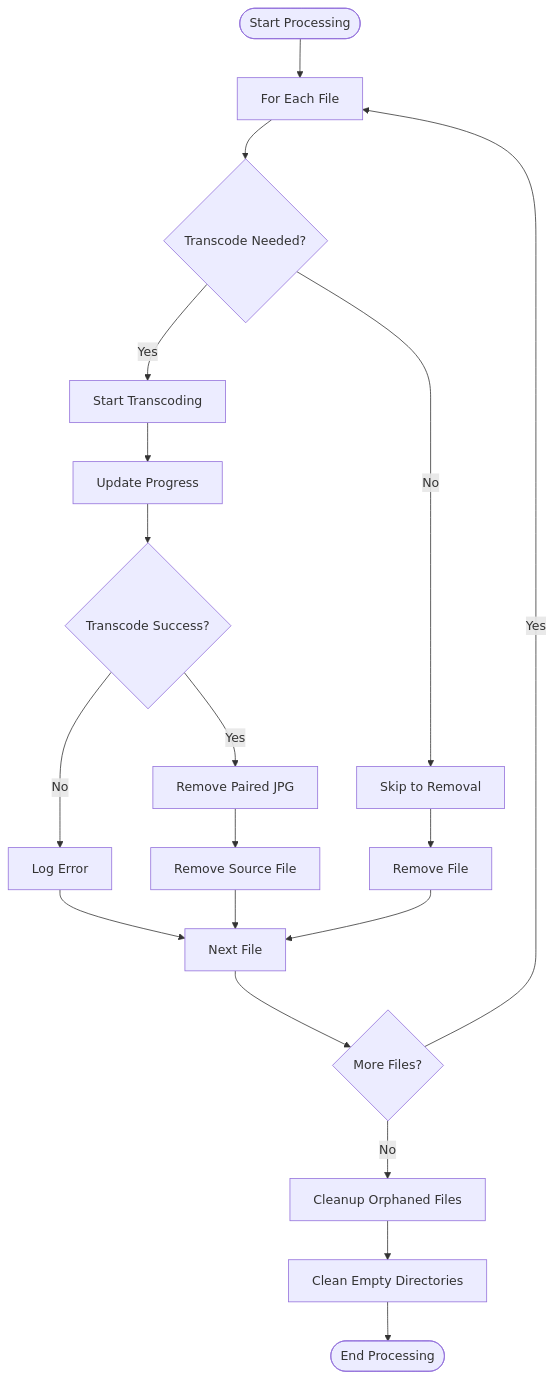
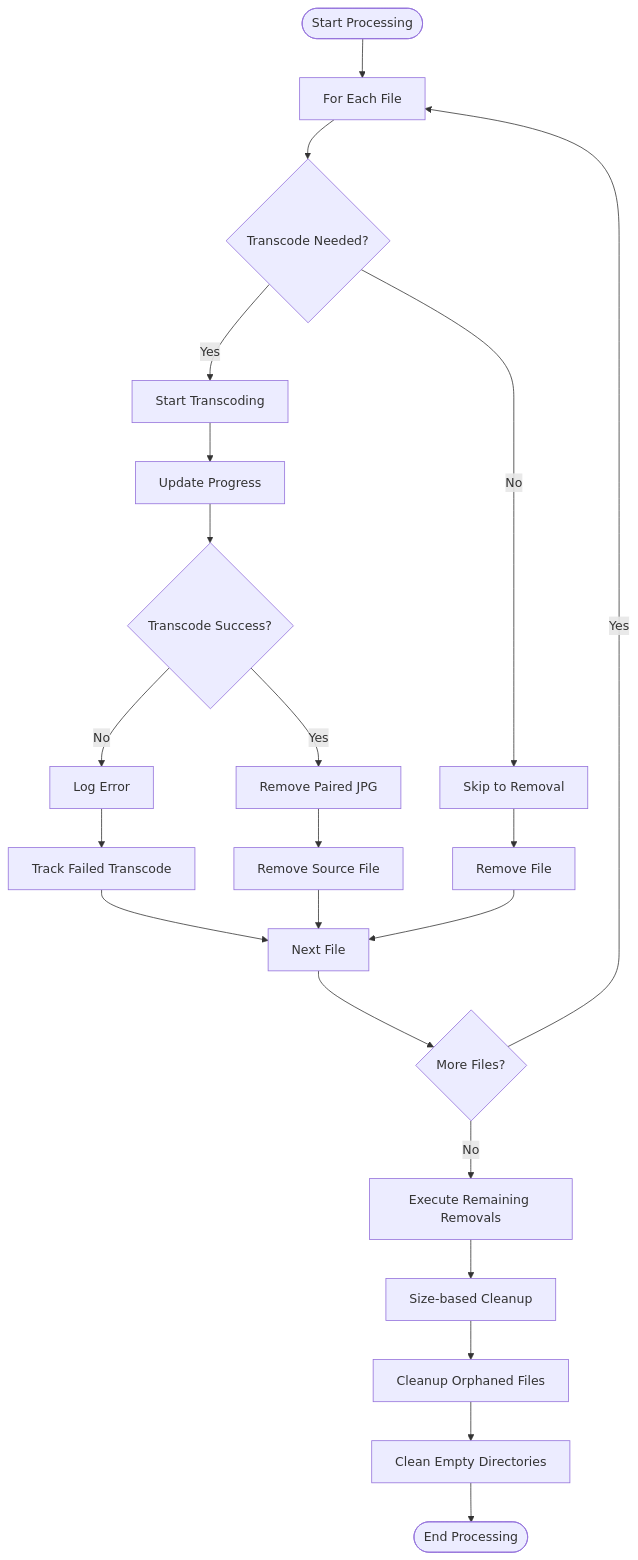
Before and after one commit to WombatFromHell/reo-cam-archiver: the third of 9 diagrams in DESIGN.md, drawn with Mermaid. The commit also changed other lines of this file and 3 other files, not shown here.

Commit message:
Add "--max-size" argument for "--cleanup"

````diff
--- a/DESIGN.md
+++ b/DESIGN.md
@@ -178,21 +268,24 @@
 ```mermaid
 flowchart TD
     Start([Start Processing]) --> ForEachFile[For Each File]
     ForEachFile --> Transcode{Transcode Needed?}
     Transcode -->|No| SkipToRemoval[Skip to Removal]
     Transcode -->|Yes| StartTranscode[Start Transcoding]
     StartTranscode --> UpdateProgress[Update Progress]
     UpdateProgress --> TranscodeSuccess{Transcode Success?}
     TranscodeSuccess -->|No| LogError[Log Error]
-    LogError --> NextFile[Next File]
+    LogError --> TrackFailed[Track Failed Transcode]
+    TrackFailed --> NextFile[Next File]
     TranscodeSuccess -->|Yes| RemoveJPG[Remove Paired JPG]
     RemoveJPG --> RemoveSource[Remove Source File]
     RemoveSource --> NextFile
     SkipToRemoval --> RemoveFile[Remove File]
     RemoveFile --> NextFile
     NextFile --> MoreFiles{More Files?}
     MoreFiles -->|Yes| ForEachFile
-    MoreFiles -->|No| CleanupOrphans[Cleanup Orphaned Files]
+    MoreFiles -->|No| ExecuteRemainingRemovals[Execute Remaining Removals]
+    ExecuteRemainingRemovals --> SizeBasedCleanup[Size-based Cleanup]
+    SizeBasedCleanup --> CleanupOrphans[Cleanup Orphaned Files]
     CleanupOrphans --> CleanEmptyDirs[Clean Empty Directories]
     CleanEmptyDirs --> End([End Processing])
 ```
````
